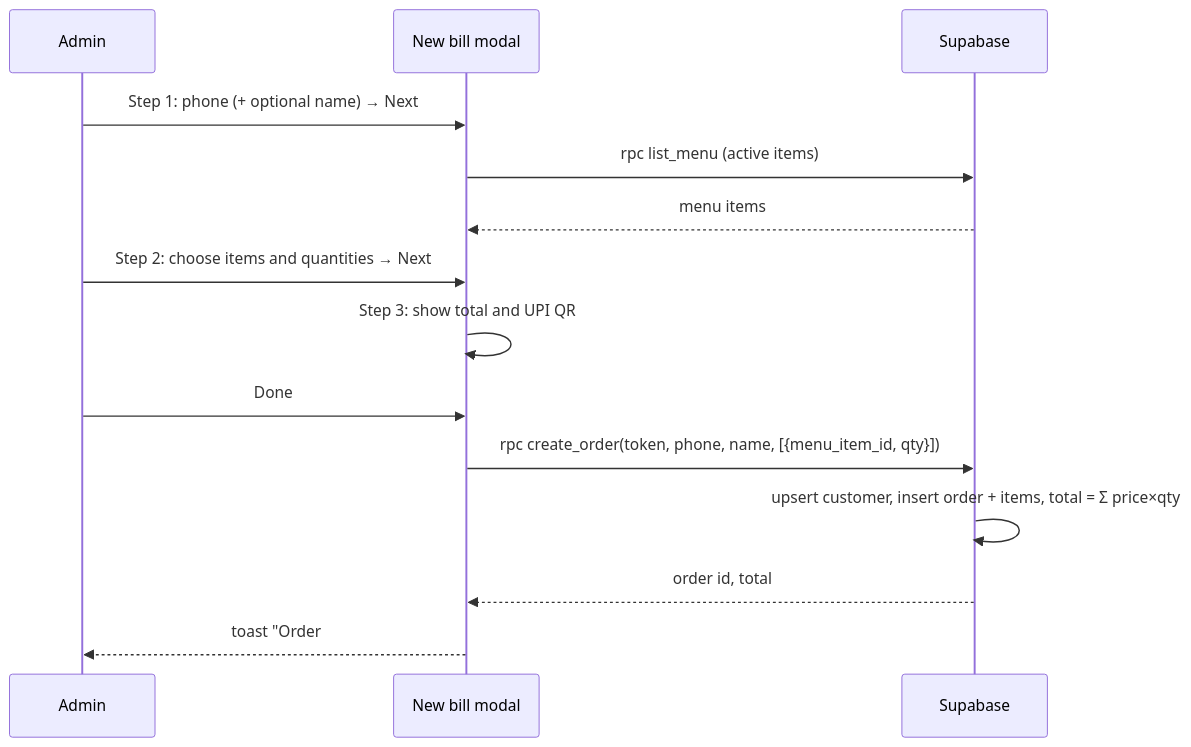
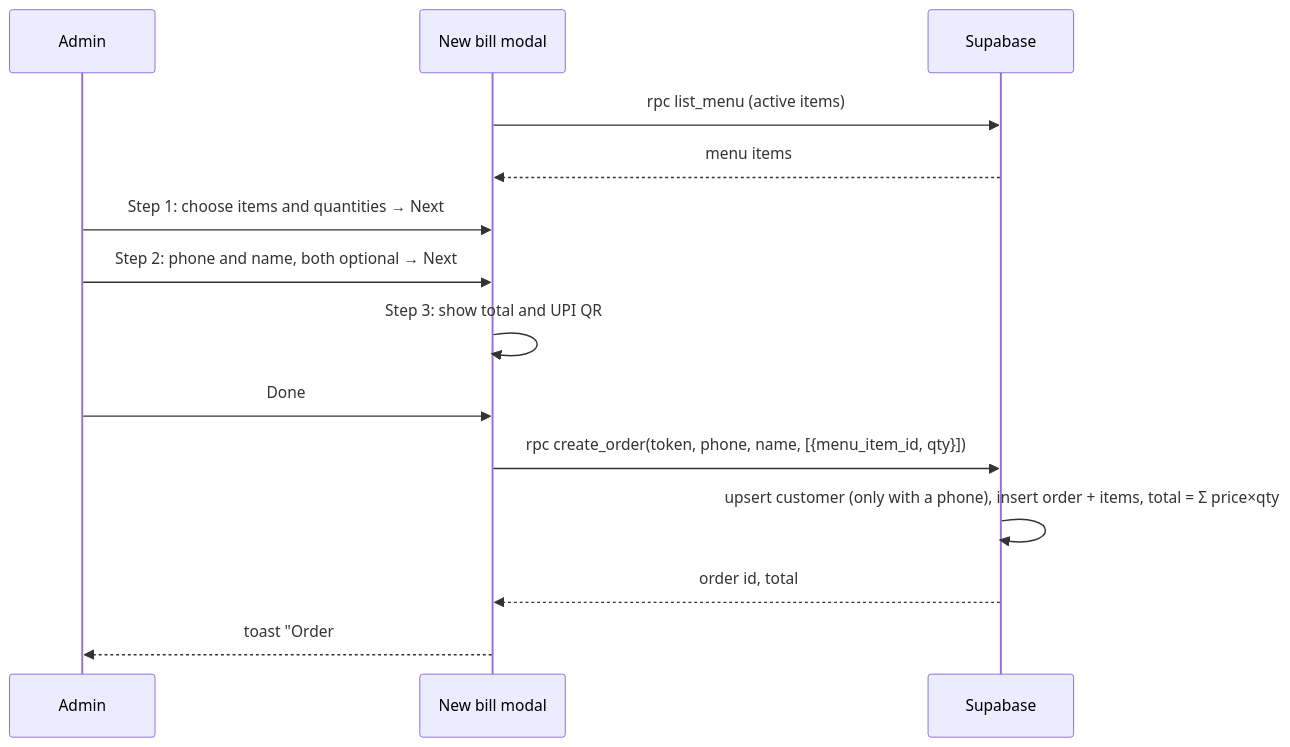
One commit to ogfoods/pos changed the sixth of 6 diagrams in docs/ARCHITECTURE.md. Above: the diagram before and after it, drawn with Mermaid. The commit also changed other lines of this file and 22 other files, not shown here.

First line of the commit message:
Bill items first, and make the customer phone optional

````diff
--- a/docs/ARCHITECTURE.md
+++ b/docs/ARCHITECTURE.md
@@ -390,16 +390,16 @@
 ```mermaid
 sequenceDiagram
     participant A as Admin
     participant M as New bill modal
     participant DB as Supabase
-    A->>M: Step 1: phone (+ optional name) → Next
     M->>DB: rpc list_menu (active items)
     DB-->>M: menu items
-    A->>M: Step 2: choose items and quantities → Next
+    A->>M: Step 1: choose items and quantities → Next
+    A->>M: Step 2: phone and name, both optional → Next
     M->>M: Step 3: show total and UPI QR
     A->>M: Done
     M->>DB: rpc create_order(token, phone, name, [{menu_item_id, qty}])
-    DB->>DB: upsert customer, insert order + items, total = Σ price×qty
+    DB->>DB: upsert customer (only with a phone), insert order + items, total = Σ price×qty
     DB-->>M: order id, total
     M-->>A: toast "Order #id saved"
 ```
````
